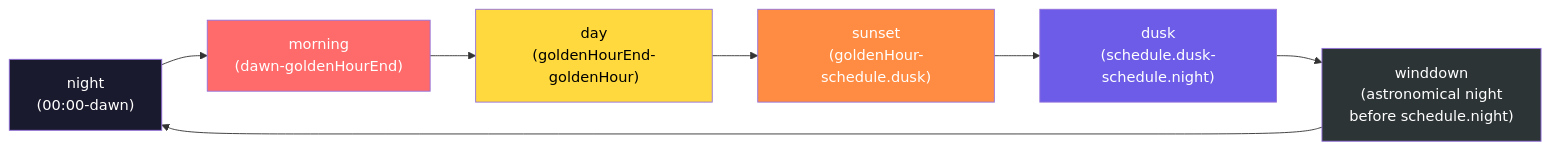
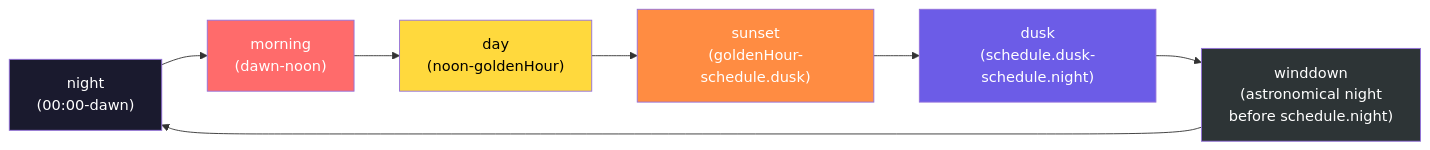
Before and after one commit to NickBorgers/home-automation: the second of 6 diagrams in docs/flows/DAY_PHASE_MODES.md, drawn with Mermaid. The commit also changed other lines of this file, not shown here.

Commit message:
docs: Update DAY_PHASE_MODES.md for morning-to-noon change
Update documentation to reflect that morning phase now extends from
dawn until noon (12:00 local time) instead of ending at goldenHourEnd.

🤖 Generated with [Claude Code](https://claude.com/claude-code)

````diff
--- a/docs/flows/DAY_PHASE_MODES.md
+++ b/docs/flows/DAY_PHASE_MODES.md
@@ -63,23 +63,23 @@
 ```mermaid
 flowchart LR
     night["night<br/>(00:00-dawn)"]
-    morning["morning<br/>(dawn-goldenHourEnd)"]
-    day["day<br/>(goldenHourEnd-goldenHour)"]
+    morning["morning<br/>(dawn-noon)"]
+    day["day<br/>(noon-goldenHour)"]
     sunset["sunset<br/>(goldenHour-schedule.dusk)"]
     dusk["dusk<br/>(schedule.dusk-schedule.night)"]
     winddown["winddown<br/>(astronomical night<br/>before schedule.night)"]
 
     night --> morning
     morning --> day
     day --> sunset
     sunset --> dusk
     dusk --> winddown
     winddown --> night
 
     style night fill:#1a1a2e,color:#fff
     style morning fill:#ff6b6b,color:#fff
     style day fill:#ffd93d,color:#000
     style sunset fill:#ff8c42,color:#fff
     style dusk fill:#6c5ce7,color:#fff
     style winddown fill:#2d3436,color:#fff
 ```
````
